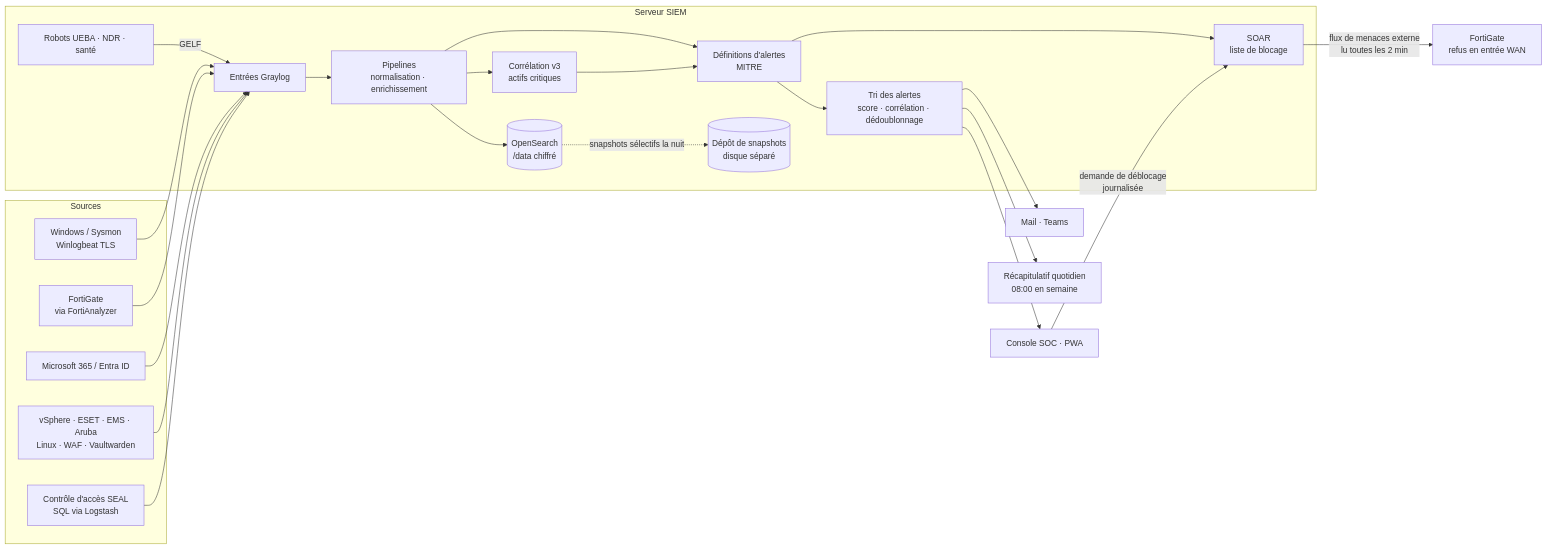
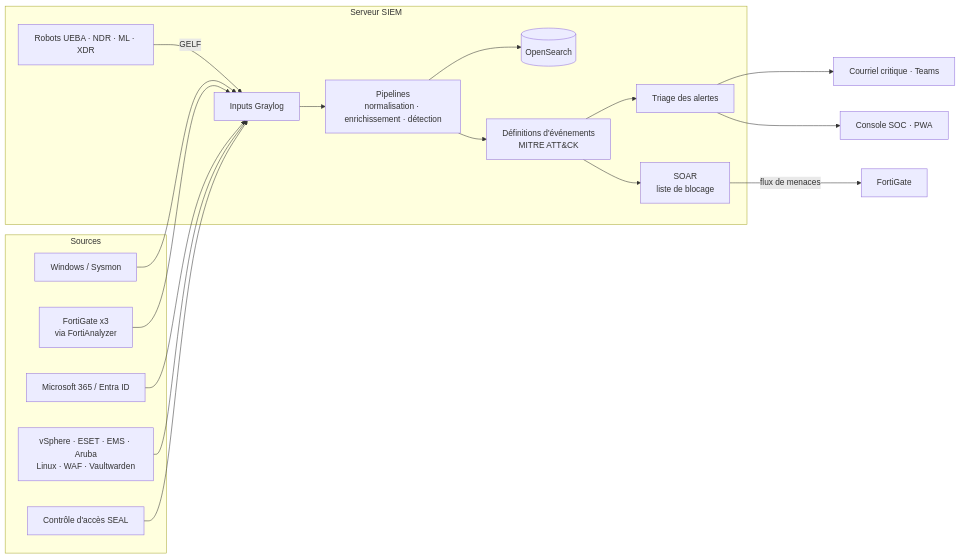
One commit to jmorin-info/omnitech-siem-setup changed the diagram in README.fr.md. Above: the diagram before and after it, drawn with Mermaid. The commit also changed other lines of this file, not shown here.

````diff
--- a/README.fr.md
+++ b/README.fr.md
@@ -188,31 +80,26 @@
 ```mermaid
 flowchart LR
   subgraph Sources
-    WIN[Windows / Sysmon<br/>Winlogbeat TLS]
-    FGT[FortiGate<br/>via FortiAnalyzer]
+    WIN[Windows / Sysmon]
+    FGT[FortiGate x3<br/>via FortiAnalyzer]
     M365[Microsoft 365 / Entra ID]
     OTH[vSphere · ESET · EMS · Aruba<br/>Linux · WAF · Vaultwarden]
-    SEAL[Contrôle d'accès SEAL<br/>SQL via Logstash]
+    SEAL[Contrôle d'accès SEAL]
   end
-  subgraph SIEM[Serveur SIEM]
-    IN[Entrées Graylog] --> PIPE[Pipelines<br/>normalisation · enrichissement]
-    PIPE --> V3[Corrélation v3<br/>actifs critiques]
-    PIPE --> OS[(OpenSearch<br/>/data chiffré)]
-    PIPE --> DEF[Définitions d'alertes<br/>MITRE]
-    V3 --> DEF
-    ROB[Robots UEBA · NDR · santé] -->|GELF| IN
-    DEF --> TRI[Tri des alertes<br/>score · corrélation · dédoublonnage]
+  subgraph Serveur[Serveur SIEM]
+    IN[Inputs Graylog] --> PIPE[Pipelines<br/>normalisation · enrichissement · détection]
+    PIPE --> OS[(OpenSearch)]
+    PIPE --> DEF[Définitions d'événements<br/>MITRE ATT&CK]
+    ROB[Robots UEBA · NDR · ML · XDR] -->|GELF| IN
+    DEF --> TRI[Triage des alertes]
     DEF --> SOAR[SOAR<br/>liste de blocage]
-    OS -.->|snapshots sélectifs la nuit| SNAP[(Dépôt de snapshots<br/>disque séparé)]
   end
   WIN --> IN
   FGT --> IN
   M365 --> IN
   OTH --> IN
   SEAL --> IN
-  TRI --> MAIL[Mail · Teams]
-  TRI --> DIG[Récapitulatif quotidien<br/>08:00 en semaine]
+  TRI --> NOTIF[Courriel critique · Teams]
   TRI --> CON[Console SOC · PWA]
-  CON -->|demande de déblocage<br/>journalisée| SOAR
-  SOAR -->|flux de menaces externe<br/>lu toutes les 2 min| FW[FortiGate<br/>refus en entrée WAN]
+  SOAR -->|flux de menaces| FW[FortiGate]
 ```
````
